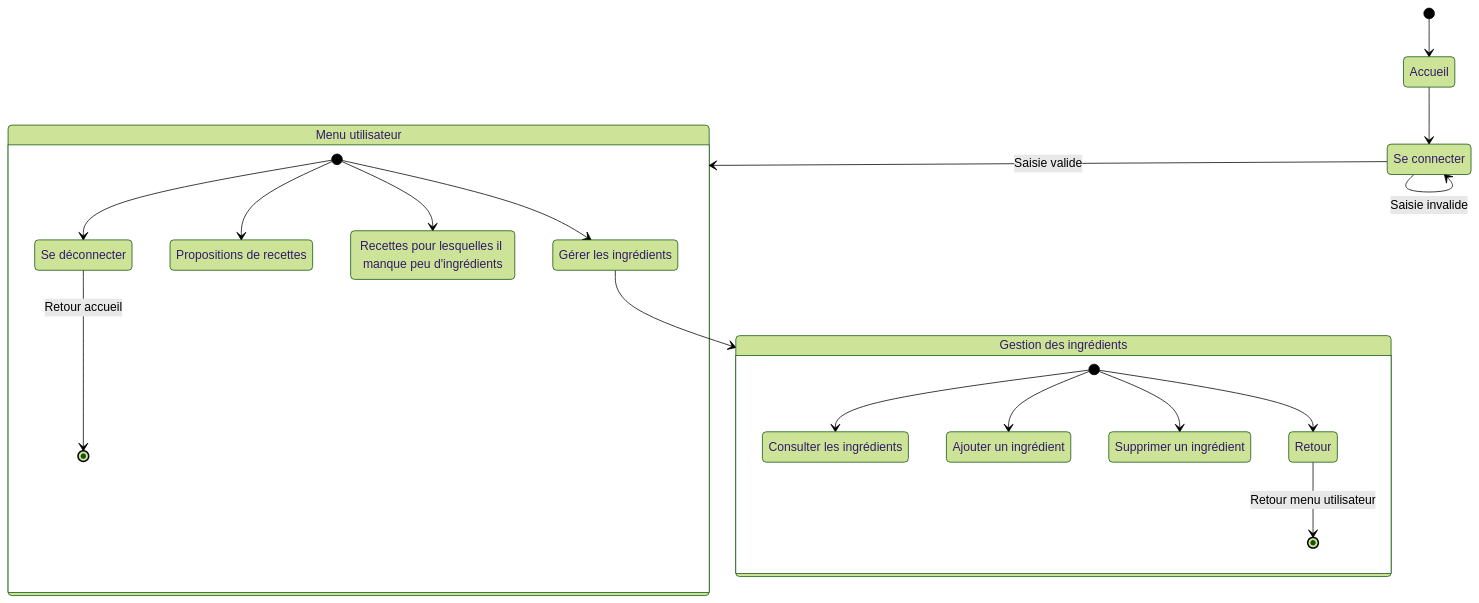
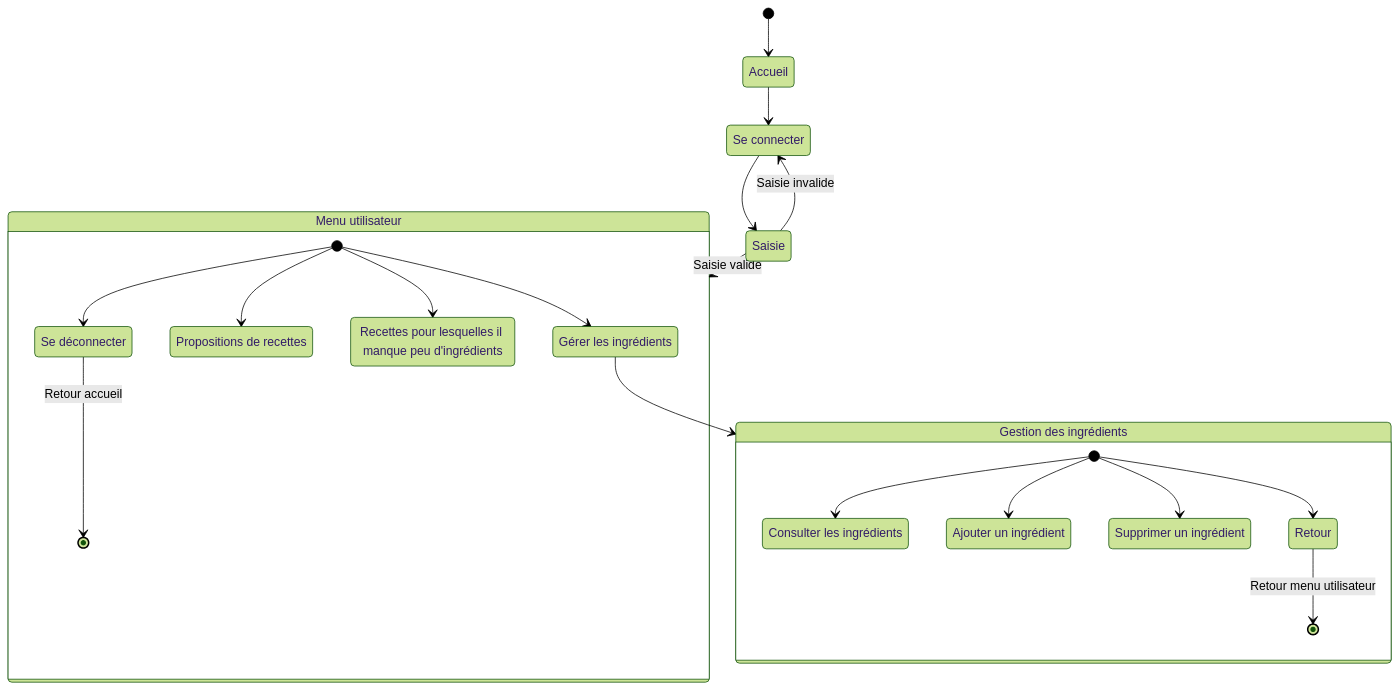
One commit to bbrunel/ENSAI-2A-projet-info changed the second of 2 diagrams in doc/diag_activites.md. Above: the diagram before and after it, drawn with Mermaid (forest theme).

Commit message:
Saisie valide invalide modif

````diff
--- a/doc/diag_activites.md
+++ b/doc/diag_activites.md
@@ -79,39 +79,40 @@
 ```mermaid
 stateDiagram
     login : Se connecter
     menu_utilisateur : Menu utilisateur
     menu_ingr : Gestion des ingrédients
     gerer_ingr : Gérer les ingrédients
     Consulter_les_ingrédients : Consulter les ingrédients
     Ajouter_un_ingrédient : Ajouter un ingrédient
     Supprimer_un_ingrédient : Supprimer un ingrédient
     recettes : Propositions de recettes
     rec_ingr_manquant : Recettes pour lesquelles il manque peu d'ingrédients
     logout : Se déconnecter
     
     [*] --> Accueil
 
     Accueil --> login
-    
-    login --> menu_utilisateur: Saisie valide
-    login --> login: Saisie invalide
+
+    login --> Saisie
+    Saisie --> menu_utilisateur: Saisie valide
+    Saisie --> login: Saisie invalide
 
     state menu_utilisateur {
     	[*] --> gerer_ingr
       [*] --> recettes
       [*] --> rec_ingr_manquant
     	[*] --> logout
       logout --> [*]:Retour accueil
     }
 
   gerer_ingr --> menu_ingr
 
     state menu_ingr {
       [*] --> Consulter_les_ingrédients
       [*] --> Ajouter_un_ingrédient
       [*] --> Supprimer_un_ingrédient
       [*] --> Retour
       Retour --> [*]: Retour menu utilisateur
         
     }
 ```
````
